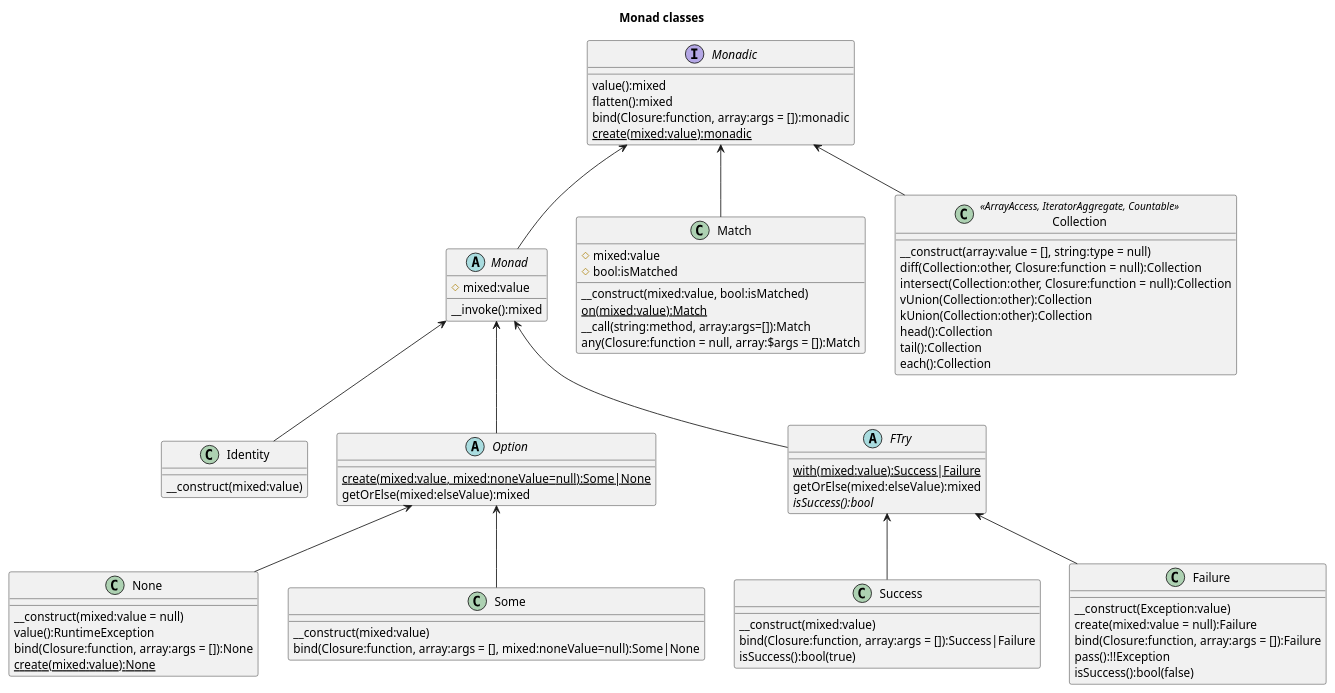
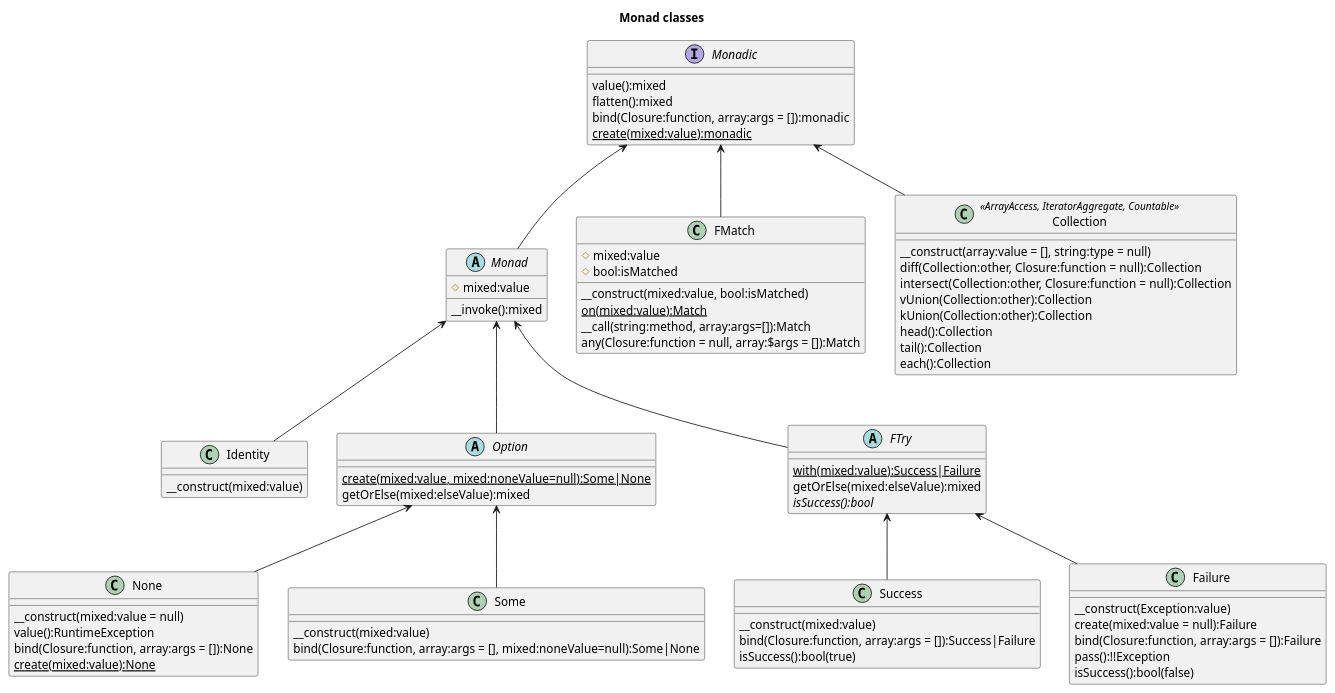
The diagram in docs/Monad Classes.puml (chippyash/Monad), drawn with PlantUML before and after one commit. The commit also changed 4 other files, not shown here.

```diff
--- a/docs/Monad Classes.puml
+++ b/docs/Monad Classes.puml
@@ -1,88 +1,88 @@
 @startuml
 title Monad classes
 
 interface Monadic {
     value():mixed
     flatten():mixed
     bind(Closure:function, array:args = []):monadic
     {static} create(mixed:value):monadic
 }
 
 abstract class Monad {
     #mixed:value
     __invoke():mixed
 }
 
 class Identity {
     __construct(mixed:value)
 }
 
 abstract class Option {
     {static} create(mixed:value, mixed:noneValue=null):Some|None
     getOrElse(mixed:elseValue):mixed
 }
 
 class None {
     __construct(mixed:value = null)
     value():RuntimeException
     bind(Closure:function, array:args = []):None
     {static} create(mixed:value):None
 }
 
 class Some {
     __construct(mixed:value)
     bind(Closure:function, array:args = [], mixed:noneValue=null):Some|None
 }
 
-class Match {
+class FMatch {
     #mixed:value
     #bool:isMatched
     __construct(mixed:value, bool:isMatched)
     {static} on(mixed:value):Match
     __call(string:method, array:args=[]):Match
     any(Closure:function = null, array:$args = []):Match
 }
 
 abstract class FTry {
     {static} with(mixed:value):Success|Failure
     getOrElse(mixed:elseValue):mixed
     {abstract} isSuccess():bool
 }
 
 class Success {
     __construct(mixed:value)
     bind(Closure:function, array:args = []):Success|Failure
     isSuccess():bool(true)
 }
 
 class Failure {
     __construct(Exception:value)
      create(mixed:value = null):Failure
     bind(Closure:function, array:args = []):Failure
     pass():!!Exception
     isSuccess():bool(false)
 }
 
 class Collection <<ArrayAccess, IteratorAggregate, Countable>> {
     __construct(array:value = [], string:type = null)
     diff(Collection:other, Closure:function = null):Collection
     intersect(Collection:other, Closure:function = null):Collection
     vUnion(Collection:other):Collection
     kUnion(Collection:other):Collection
     head():Collection
     tail():Collection
     each():Collection
 }
 
 Monadic <-- Monad
-Monadic <-- Match
+Monadic <-- FMatch
 Monadic <-- Collection
 Monad <-- Identity
 Monad <-- Option
 Option <-- None
 Option <-- Some
 Monad <-- FTry
 FTry <-- Success
 FTry <-- Failure
 
 @enduml
```
